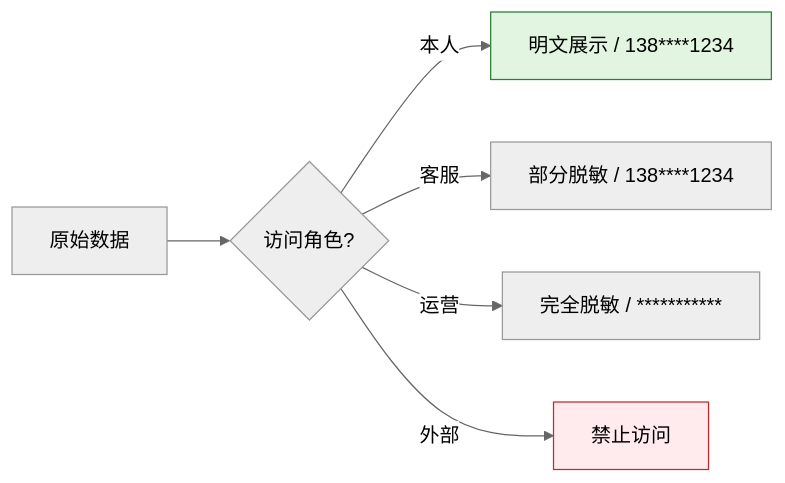
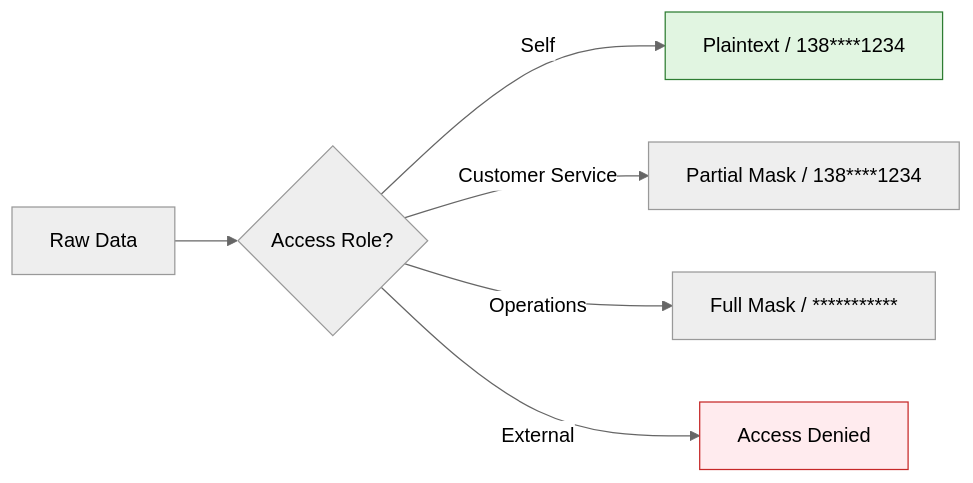
Diagram 11 of 11 in templates/产品/技术层/【模板】数据库设计文档规范.md (Kirky-X/cangjie), drawn with Mermaid (neutral theme) before and after one commit. The commit also changed other lines of this file and 46 other files, not shown here.

````diff
--- a/templates/产品/技术层/【模板】数据库设计文档规范.md
+++ b/templates/产品/技术层/【模板】数据库设计文档规范.md
@@ -662,11 +662,11 @@
 ```mermaid
 flowchart LR
-    A[原始数据] --> B{访问角色?}
-    B -->|本人| C[明文展示 / 138****1234]
-    B -->|客服| D[部分脱敏 / 138****1234]
-    B -->|运营| E[完全脱敏 / ***********]
-    B -->|外部| F[禁止访问]
+    A[Raw Data] --> B{Access Role?}
+    B -->|Self| C[Plaintext / 138****1234]
+    B -->|Customer Service| D[Partial Mask / 138****1234]
+    B -->|Operations| E[Full Mask / ***********]
+    B -->|External| F[Access Denied]
 
     style C fill:#e1f5e1,stroke:#2e7d32
     style F fill:#ffebee,stroke:#c62828
 ```
````
